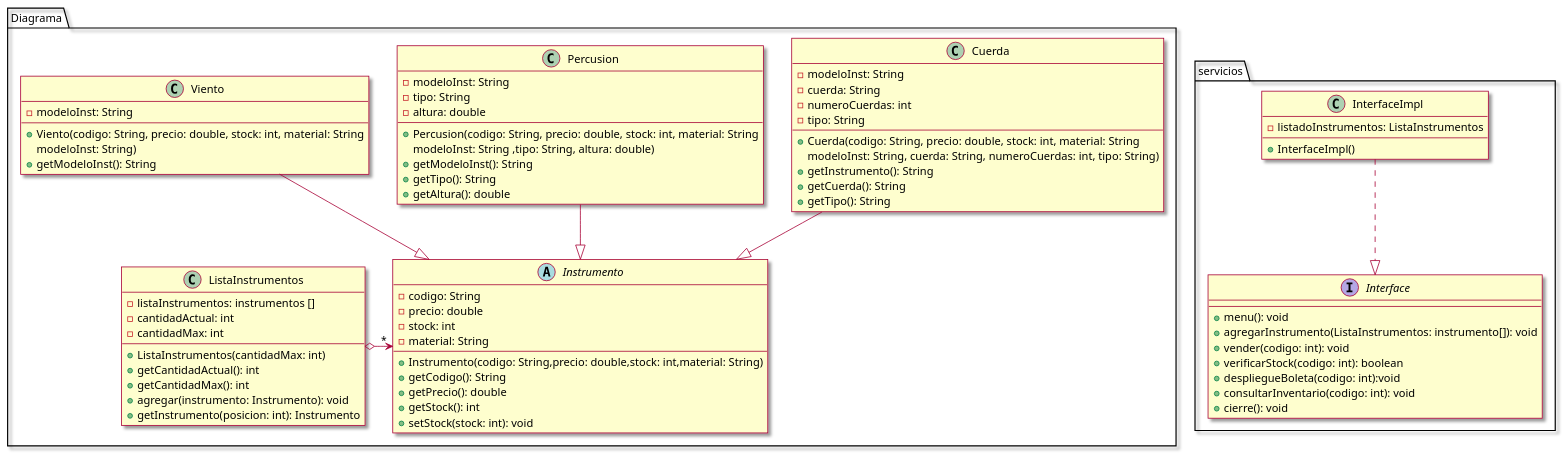
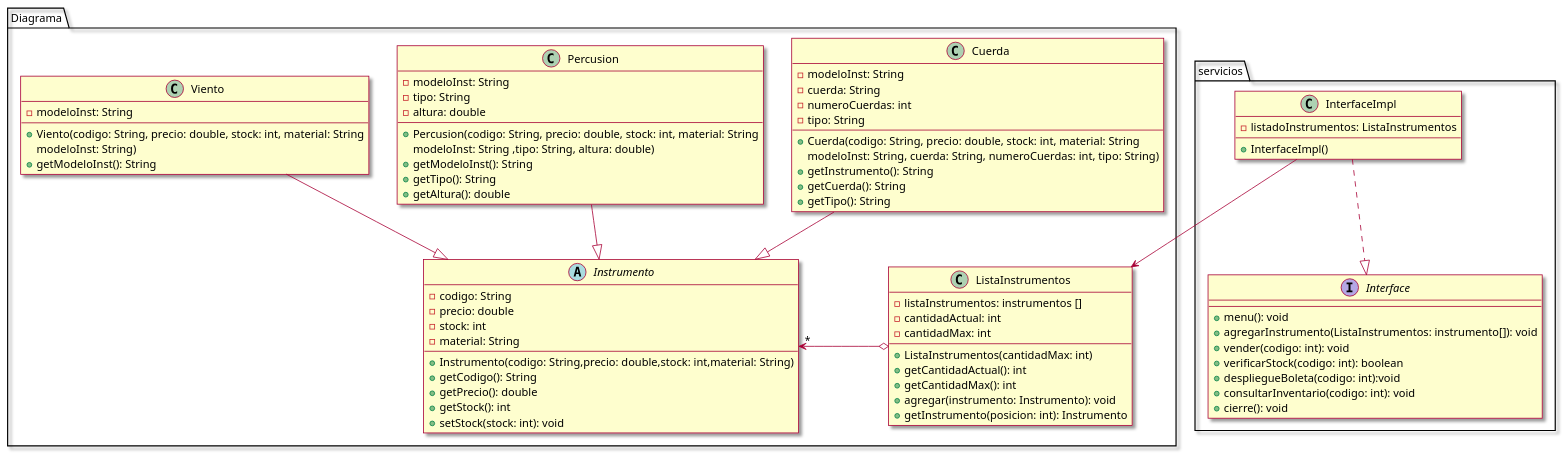
Before and after one commit to diegooblu/Taller3: the diagram in DiagramaClase.puml, drawn with PlantUML. The commit also changed 15 other files, not shown here.

```diff
--- a/DiagramaClase.puml
+++ b/DiagramaClase.puml
@@ -1,83 +1,84 @@
 @startuml
 skin rose
 
 package Diagrama {
     abstract class Instrumento {
         -codigo: String
         -precio: double
         -stock: int
         -material: String
         +Instrumento(codigo: String,precio: double,stock: int,material: String)
         +getCodigo(): String
         +getPrecio(): double
         +getStock(): int
         +setStock(stock: int): void
     }
 
     class Cuerda {
         -modeloInst: String
         -cuerda: String
         -numeroCuerdas: int
         -tipo: String
         +Cuerda(codigo: String, precio: double, stock: int, material: String
         modeloInst: String, cuerda: String, numeroCuerdas: int, tipo: String)
         +getInstrumento(): String
         +getCuerda(): String
         +getTipo(): String
 
     }
     Cuerda--|>Instrumento
 
     class Percusion {
         -modeloInst: String
         -tipo: String
         -altura: double
         +Percusion(codigo: String, precio: double, stock: int, material: String
         modeloInst: String ,tipo: String, altura: double)
         +getModeloInst(): String
         +getTipo(): String
         +getAltura(): double
     }
     Percusion--|>Instrumento
 
     class Viento {
         -modeloInst: String
         +Viento(codigo: String, precio: double, stock: int, material: String
         modeloInst: String)
         +getModeloInst(): String
     }
     Viento--|>Instrumento
 
     class ListaInstrumentos {
         -listaInstrumentos: instrumentos []
         -cantidadActual: int
         -cantidadMax: int
         +ListaInstrumentos(cantidadMax: int)
         +getCantidadActual(): int
         +getCantidadMax(): int
         +agregar(instrumento: Instrumento): void
         +getInstrumento(posicion: int): Instrumento
     }
     ListaInstrumentos o->"*" Instrumento
 }
 
 package servicios {
 
     interface Interface{
     +menu(): void
     +agregarInstrumento(ListaInstrumentos: instrumento[]): void
     +vender(codigo: int): void
     +verificarStock(codigo: int): boolean
     +despliegueBoleta(codigo: int):void
     +consultarInventario(codigo: int): void
     +cierre(): void
     }
 
     class InterfaceImpl{
         -listadoInstrumentos: ListaInstrumentos
         +InterfaceImpl()
     }
     InterfaceImpl..|> Interface
+    InterfaceImpl --> ListaInstrumentos
 }
 
 @enduml
```
